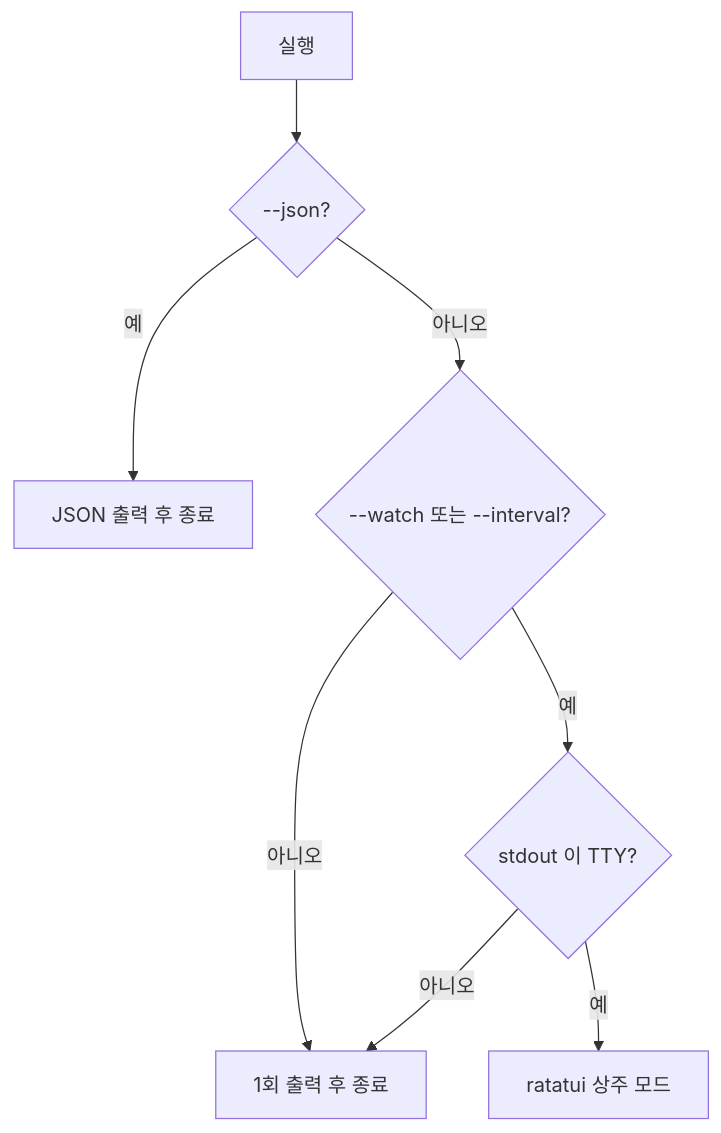
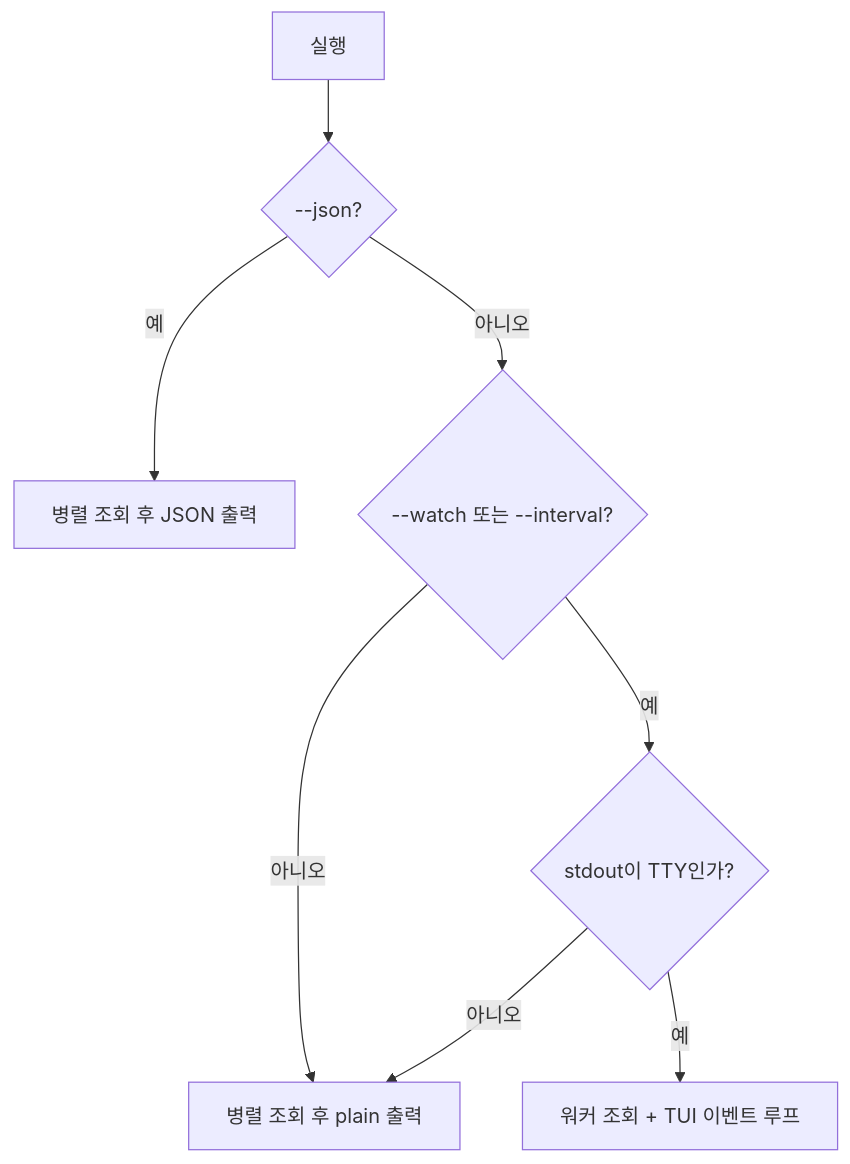
One commit to yoophi/agentmeter changed the fifth of 5 diagrams in docs/architecture.md. Above: the diagram before and after it, drawn with Mermaid. The commit also changed other lines of this file and 46 other files, not shown here.

````diff
--- a/docs/architecture.md
+++ b/docs/architecture.md
@@ -122,10 +139,10 @@
 ```mermaid
 flowchart TD
     A[실행] --> B{--json?}
-    B -->|예| C[JSON 출력 후 종료]
+    B -->|예| C[병렬 조회 후 JSON 출력]
     B -->|아니오| D{--watch 또는 --interval?}
-    D -->|아니오| E[1회 출력 후 종료]
-    D -->|예| F{stdout 이 TTY?}
+    D -->|아니오| E[병렬 조회 후 plain 출력]
+    D -->|예| F{stdout이 TTY인가?}
     F -->|아니오| E
-    F -->|예| G[ratatui 상주 모드]
+    F -->|예| G[워커 조회 + TUI 이벤트 루프]
 ```
````
